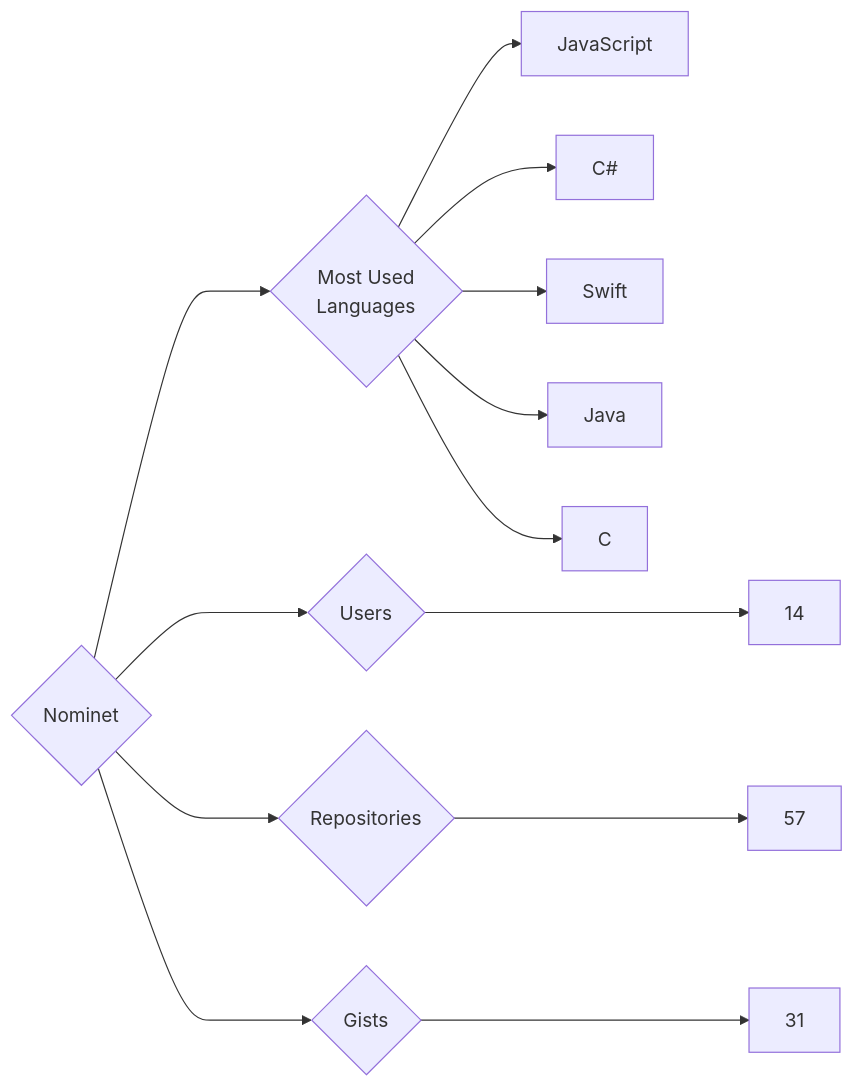
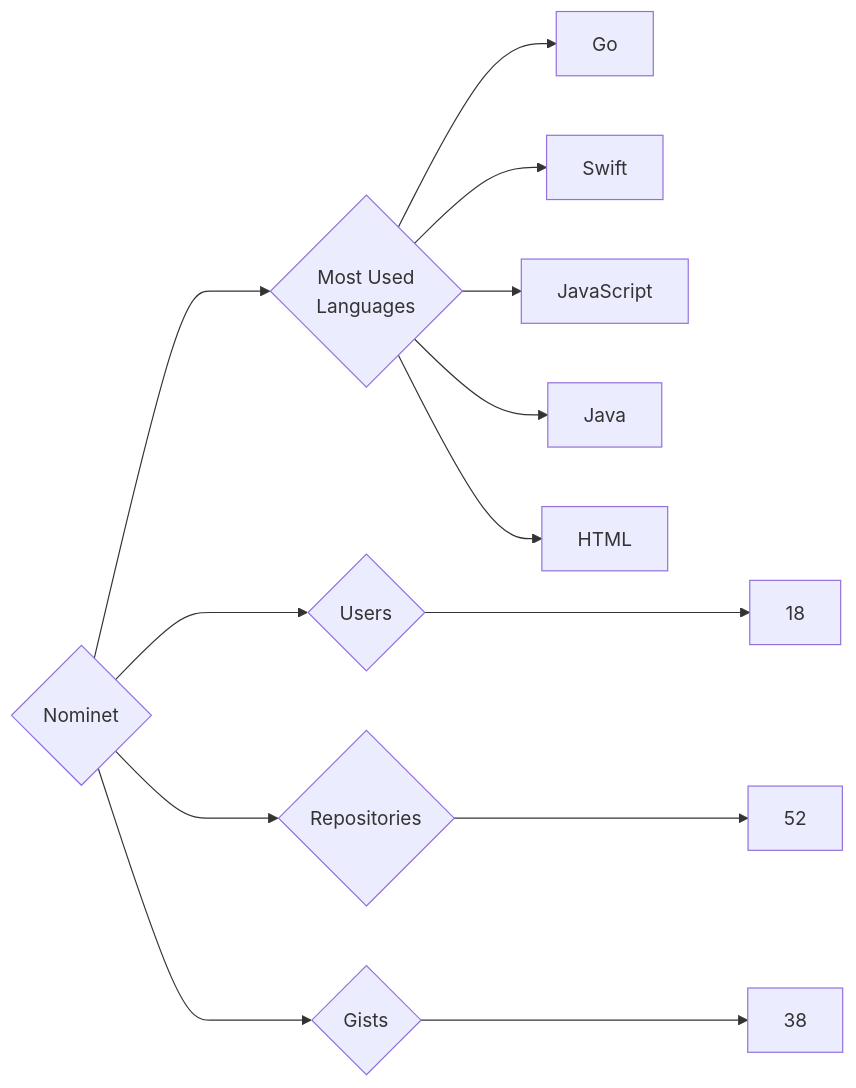
Before and after one commit to trickest/insiders: the diagram in targets/Nominet/README.md, drawn with Mermaid. The commit also changed 964 other files, not shown here.

````diff
--- a/targets/Nominet/README.md
+++ b/targets/Nominet/README.md
@@ -3,13 +3,13 @@
 ```mermaid
 graph LR
 COMPANY_NAME{Nominet}
-COMPANY_NAME ---> U{Users} ---> UN[14]
-COMPANY_NAME ---> R{Repositories} ---> RN[57]
-COMPANY_NAME ---> G{Gists} ---> GN[31]
+COMPANY_NAME ---> U{Users} ---> UN[18]
+COMPANY_NAME ---> R{Repositories} ---> RN[52]
+COMPANY_NAME ---> G{Gists} ---> GN[38]
 COMPANY_NAME ---> ML{Most Used<br>Languages}
+ML --> Go[Go]
+ML --> Swift[Swift]
 ML --> JavaScript[JavaScript]
-ML --> C#[C#]
-ML --> Swift[Swift]
 ML --> Java[Java]
-ML --> C[C]
+ML --> HTML[HTML]
 ```
````
